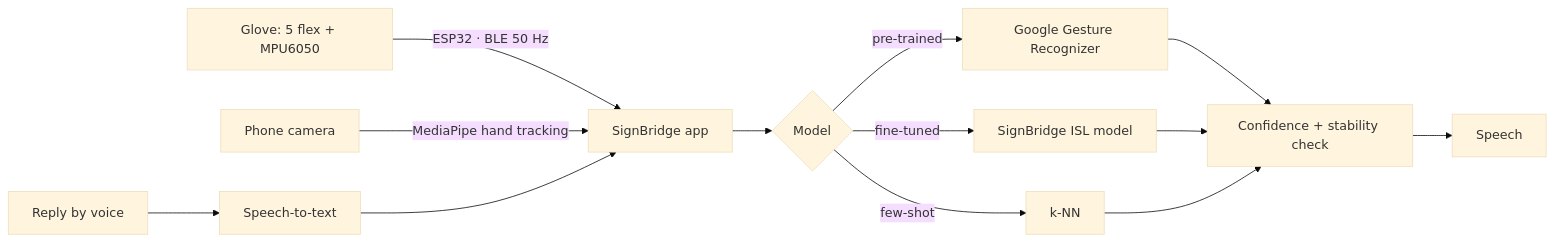
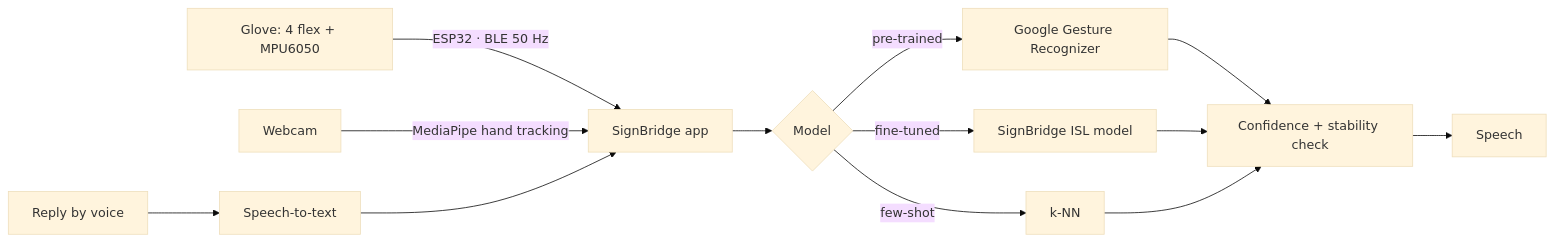
Before and after one commit to SathvikaSingoti/SignBridge: the diagram in README.md, drawn with Mermaid (base theme). The commit also changed other lines of this file and 14 other files, not shown here.

````diff
--- a/README.md
+++ b/README.md
@@ -30,11 +31,11 @@
 ```mermaid
 flowchart LR
-  G[Glove: 5 flex + MPU6050] -- ESP32 · BLE 50 Hz --> A
-  C[Phone camera] -- MediaPipe hand tracking --> A
+  G[Glove: 4 flex + MPU6050] -- ESP32 · BLE 50 Hz --> A
+  C[Webcam] -- MediaPipe hand tracking --> A
   A[SignBridge app] --> M{Model}
   M -->|pre-trained| P[Google Gesture Recognizer]
   M -->|fine-tuned| F[SignBridge ISL model]
   M -->|few-shot| K[k-NN]
   P & F & K --> S[Confidence + stability check] --> T[Speech]
   R[Reply by voice] --> STT[Speech-to-text] --> A
 ```
````
